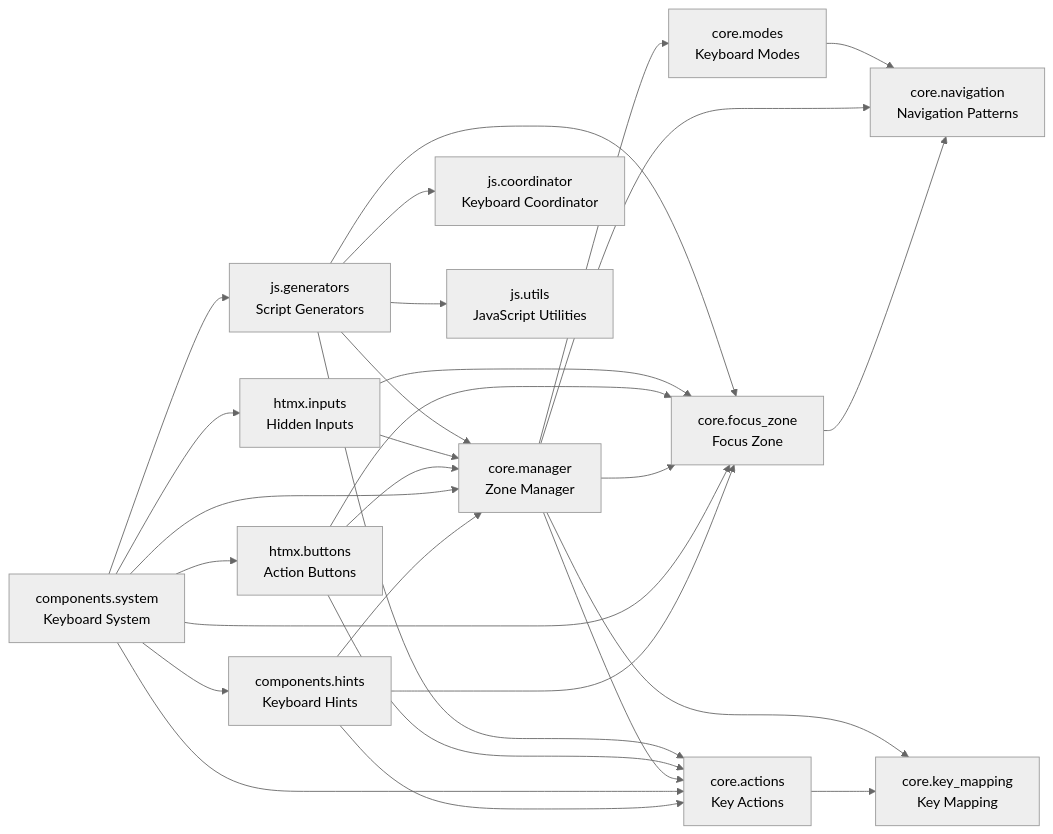
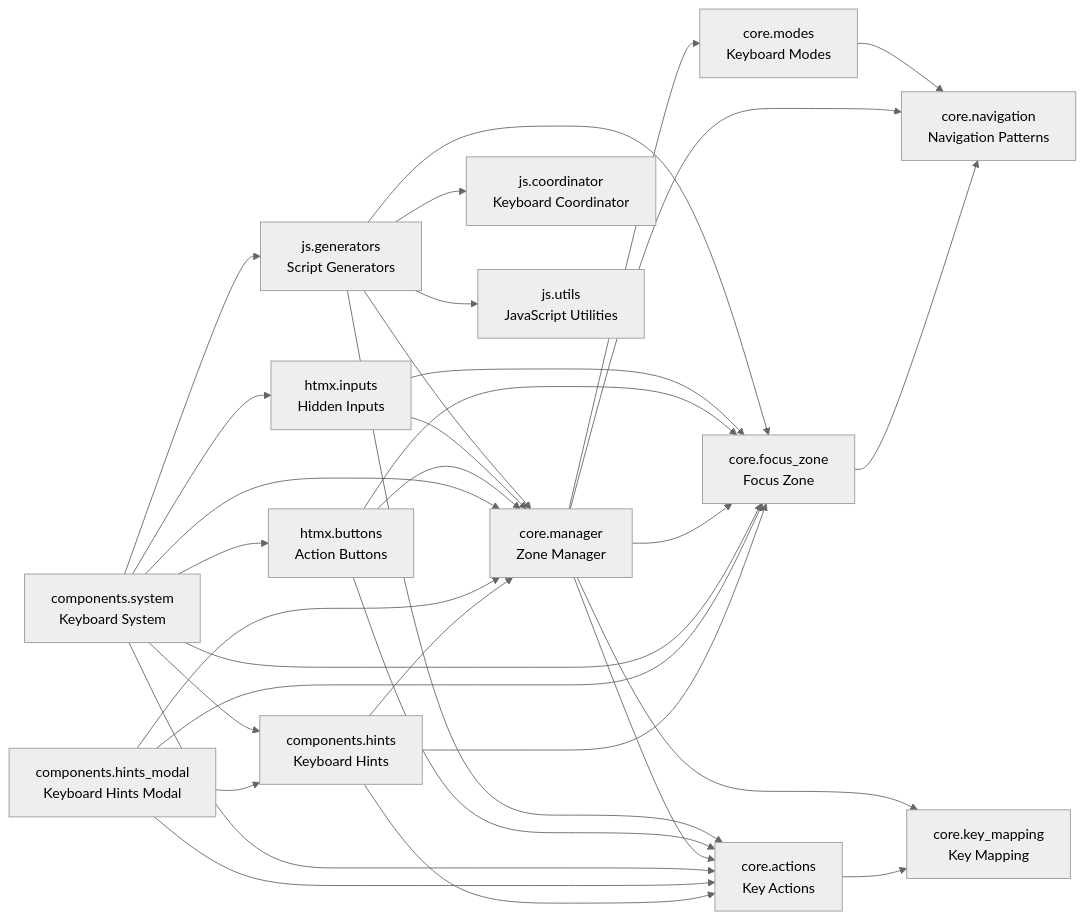
One commit to cj-mills/cjm-fasthtml-keyboard-navigation changed the diagram in README.md. Above: the diagram before and after it, drawn with Mermaid (neutral theme). The commit also changed other lines of this file and 5 other files, not shown here.

Commit message:
Add modal-based keyboard hints component with scannable grouped layout, kbd elements, and ? key trigger.

````diff
--- a/README.md
+++ b/README.md
@@ -37,45 +38,50 @@
 ``` mermaid
 graph LR
     components_hints[components.hints<br/>Keyboard Hints]
+    components_hints_modal[components.hints_modal<br/>Keyboard Hints Modal]
     components_system[components.system<br/>Keyboard System]
     core_actions[core.actions<br/>Key Actions]
     core_focus_zone[core.focus_zone<br/>Focus Zone]
     core_key_mapping[core.key_mapping<br/>Key Mapping]
     core_manager[core.manager<br/>Zone Manager]
     core_modes[core.modes<br/>Keyboard Modes]
     core_navigation[core.navigation<br/>Navigation Patterns]
     htmx_buttons[htmx.buttons<br/>Action Buttons]
     htmx_inputs[htmx.inputs<br/>Hidden Inputs]
     js_coordinator[js.coordinator<br/>Keyboard Coordinator]
     js_generators[js.generators<br/>Script Generators]
     js_utils[js.utils<br/>JavaScript Utilities]
 
-    components_hints --> core_focus_zone
     components_hints --> core_actions
     components_hints --> core_manager
+    components_hints --> core_focus_zone
+    components_hints_modal --> core_actions
+    components_hints_modal --> core_manager
+    components_hints_modal --> components_hints
+    components_hints_modal --> core_focus_zone
+    components_system --> js_generators
+    components_system --> core_focus_zone
     components_system --> htmx_inputs
-    components_system --> core_focus_zone
+    components_system --> components_hints
     components_system --> core_actions
+    components_system --> htmx_buttons
     components_system --> core_manager
-    components_system --> js_generators
-    components_system --> htmx_buttons
-    components_system --> components_hints
     core_actions --> core_key_mapping
     core_focus_zone --> core_navigation
+    core_manager --> core_modes
     core_manager --> core_navigation
     core_manager --> core_focus_zone
+    core_manager --> core_key_mapping
     core_manager --> core_actions
-    core_manager --> core_key_mapping
-    core_manager --> core_modes
     core_modes --> core_navigation
     htmx_buttons --> core_focus_zone
     htmx_buttons --> core_actions
     htmx_buttons --> core_manager
     htmx_inputs --> core_focus_zone
     htmx_inputs --> core_manager
     js_generators --> js_utils
     js_generators --> core_focus_zone
+    js_generators --> js_coordinator
     js_generators --> core_actions
     js_generators --> core_manager
-    js_generators --> js_coordinator
 ```
````
